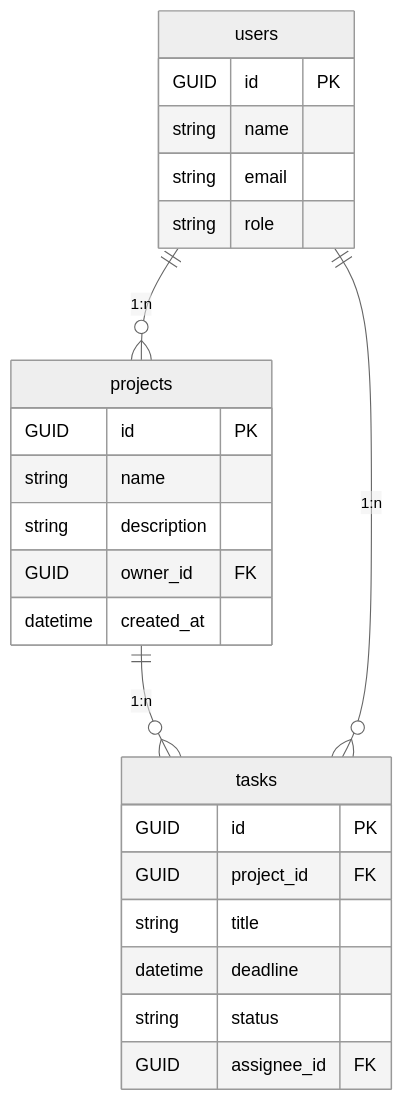
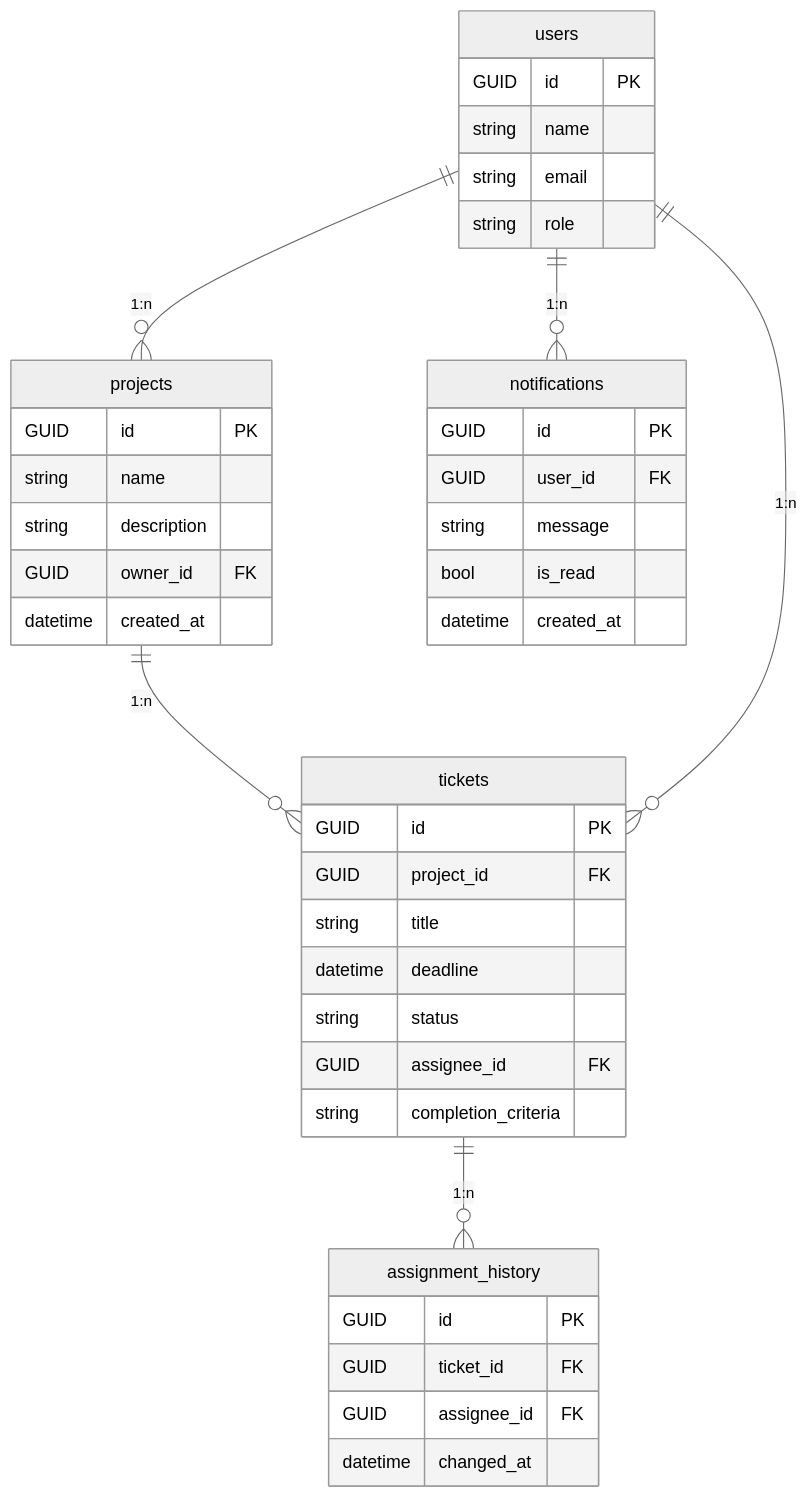
One commit to kuairen-227/pm-app-docs changed the diagram in 02.design/er-diagram.md. Above: the diagram before and after it, drawn with Mermaid (neutral theme). The commit also changed 9 other files, not shown here.

````diff
--- a/02.design/er-diagram.md
+++ b/02.design/er-diagram.md
@@ -3,28 +3,44 @@
 ```mermaid
 erDiagram
     users {
         GUID id PK
         string name
         string email
         string role
     }
     projects {
         GUID id PK
         string name
         string description
         GUID owner_id FK
         datetime created_at
     }
-    tasks {
+    tickets {
         GUID id PK
         GUID project_id FK
         string title
         datetime deadline
         string status
         GUID assignee_id FK
+        string completion_criteria
+    }
+    assignment_history {
+        GUID id PK
+        GUID ticket_id FK
+        GUID assignee_id FK
+        datetime changed_at
+    }
+    notifications {
+        GUID id PK
+        GUID user_id FK
+        string message
+        bool is_read
+        datetime created_at
     }
 
     users ||--o{ projects : "1:n"
-    projects ||--o{ tasks : "1:n"
-    users ||--o{ tasks : "1:n"
+    projects ||--o{ tickets : "1:n"
+    users ||--o{ tickets : "1:n"
+    tickets ||--o{ assignment_history : "1:n"
+    users ||--o{ notifications : "1:n"
 ```
````
